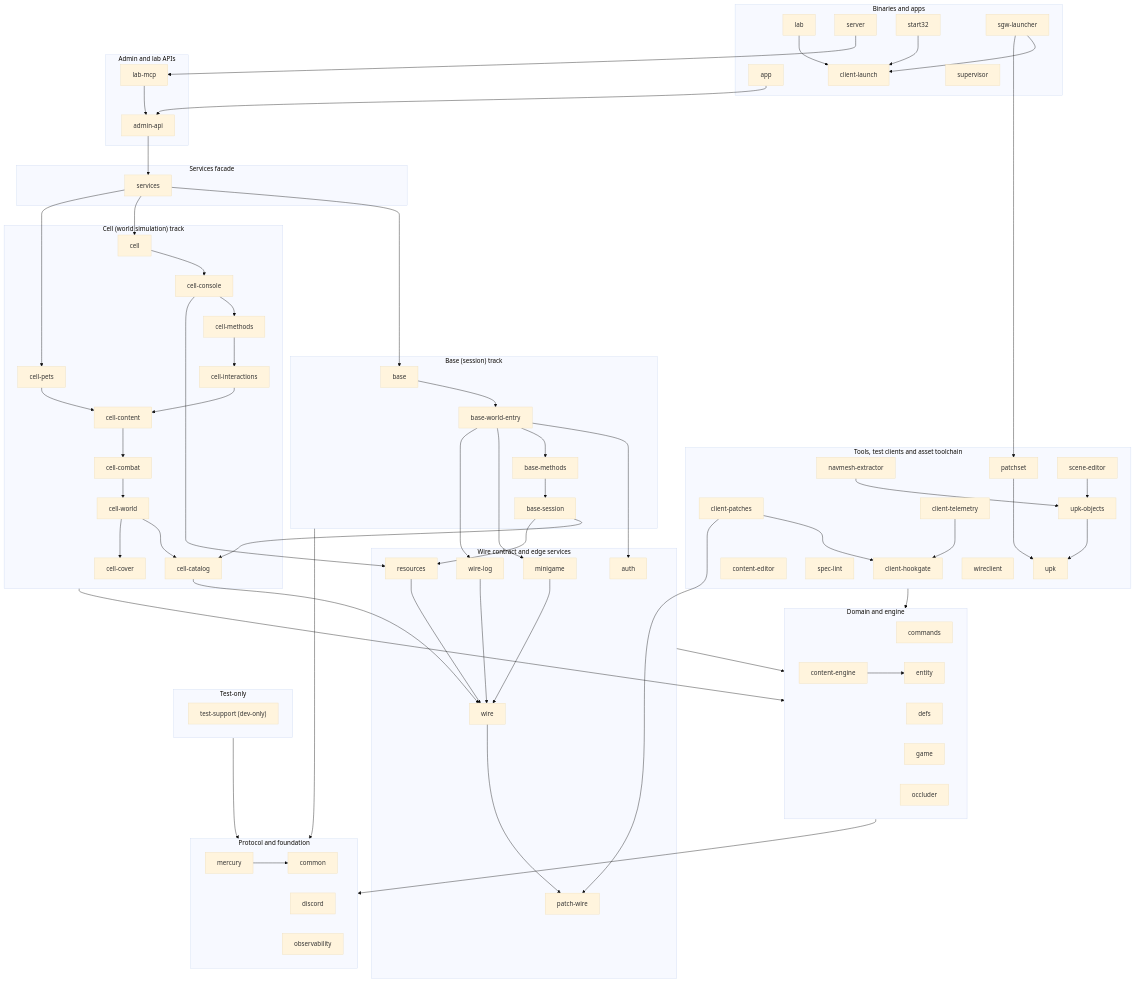
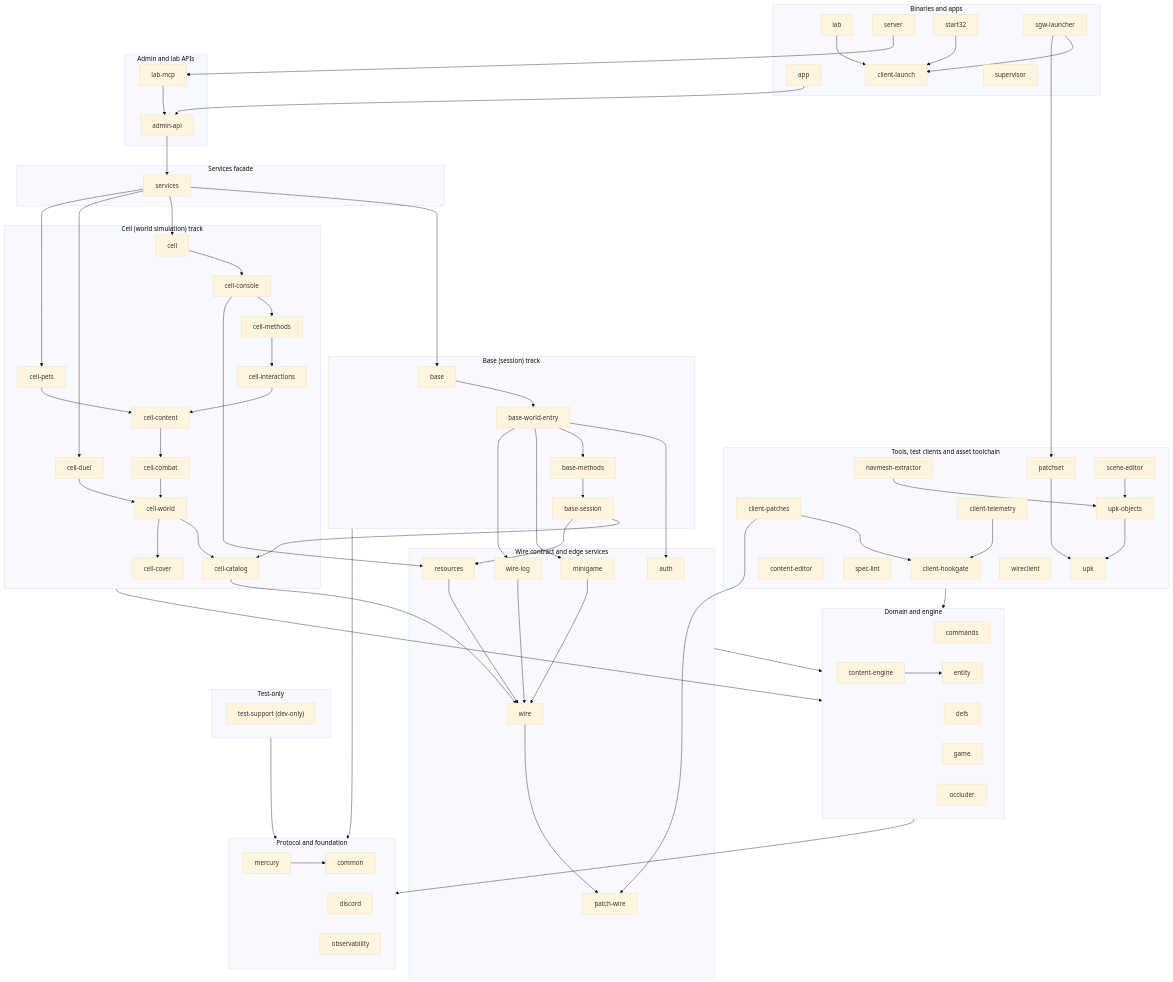
Before and after one commit to SandboxServers/Cimmeria: the diagram in README.md, drawn with Mermaid (base theme). The commit also changed other lines of this file and 4 other files, not shown here.

```diff
--- a/README.md
+++ b/README.md
@@ -121,6 +121,7 @@
         cellConsole["cell-console"]
         cellContent["cell-content"]
         cellCover["cell-cover"]
+        cellDuel["cell-duel"]
         cellInteractions["cell-interactions"]
         cellMethods["cell-methods"]
         cellPets["cell-pets"]
@@ -186,6 +187,7 @@
     cellConsole --> cellMethods
     cellConsole --> resources
     cellContent --> cellCombat
+    cellDuel --> cellWorld
     cellInteractions --> cellContent
     cellMethods --> cellInteractions
     cellPets --> cellContent
@@ -206,6 +208,7 @@
     server --> labMcp
     services --> base
     services --> cell
+    services --> cellDuel
     services --> cellPets
     start32 --> clientLaunch
     upkObjects --> upk
```
